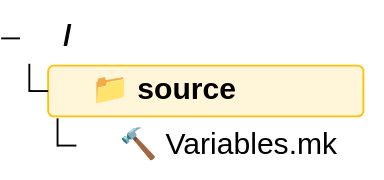
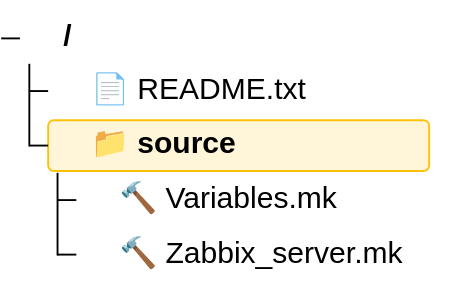
Before and after one commit to Zai4ikManiak/Cyber-Security-Study: the diagram in README.md, drawn with Mermaid.

Commit message:
modified:   README.md

````diff
--- a/README.md
+++ b/README.md
@@ -2,11 +2,13 @@
 ```mermaid
 ---
 config:
     treeView:
         showIcons: true
         defaultIconPack: material-icon-theme
 ---
 treeView-beta
+    📄 README.txt
     📁 source/ :::highlight
         🔨 Variables.mk
+        🔨 Zabbix_server.mk
 ```
````
